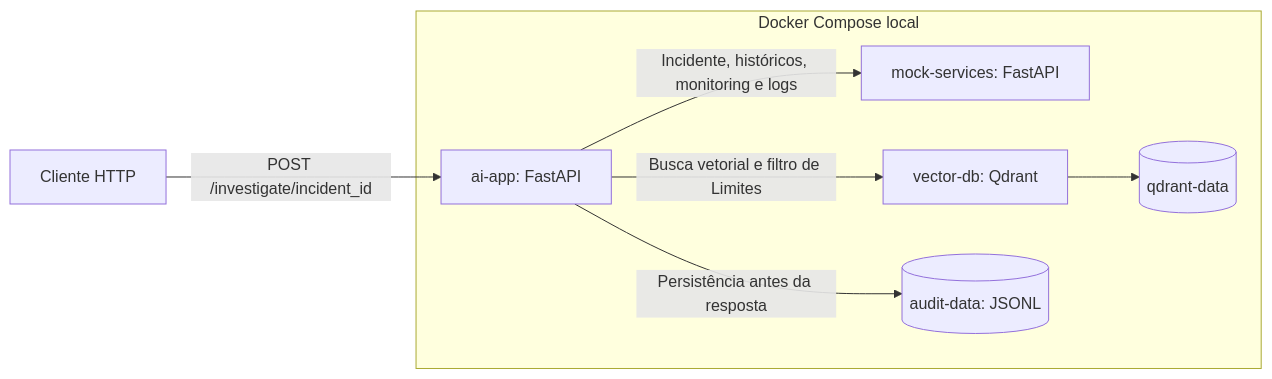
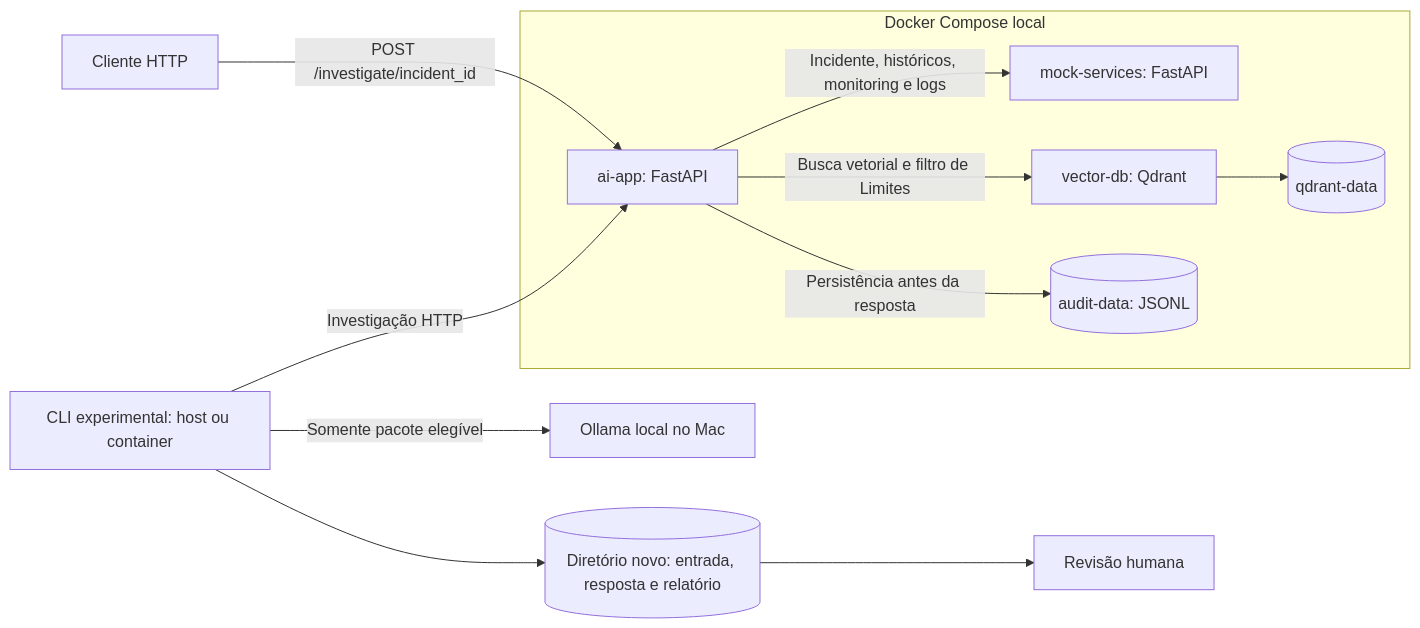
One commit to renatodanielbrito77/ai-incident-operations-assistant changed the first of 5 diagrams in docs/architecture.md. Above: the diagram before and after it, drawn with Mermaid. The commit also changed other lines of this file and 2 other files, not shown here.

````diff
--- a/docs/architecture.md
+++ b/docs/architecture.md
@@ -14,15 +19,19 @@
 ```mermaid
 flowchart LR
     User[Cliente HTTP] -->|POST /investigate/incident_id| API
     subgraph Compose[Docker Compose local]
         API[ai-app: FastAPI]
         Mock[mock-services: FastAPI]
         Qdrant[vector-db: Qdrant]
         Audit[(audit-data: JSONL)]
         Vectors[(qdrant-data)]
         API -->|Incidente, históricos, monitoring e logs| Mock
         API -->|Busca vetorial e filtro de Limites| Qdrant
         API -->|Persistência antes da resposta| Audit
         Qdrant --> Vectors
     end
+    CLI[CLI experimental: host ou container] -->|Investigação HTTP| API
+    CLI -->|Somente pacote elegível| Ollama[Ollama local no Mac]
+    CLI --> Artifacts[(Diretório novo: entrada, resposta e relatório)]
+    Artifacts --> Human[Revisão humana]
 ```
````
